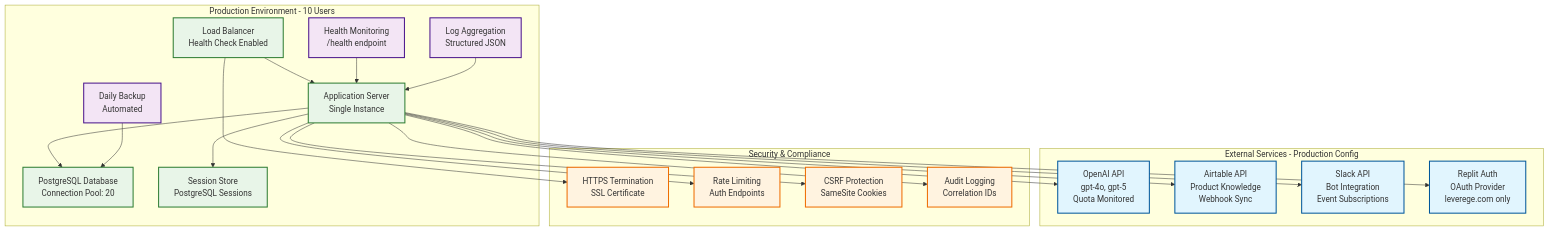
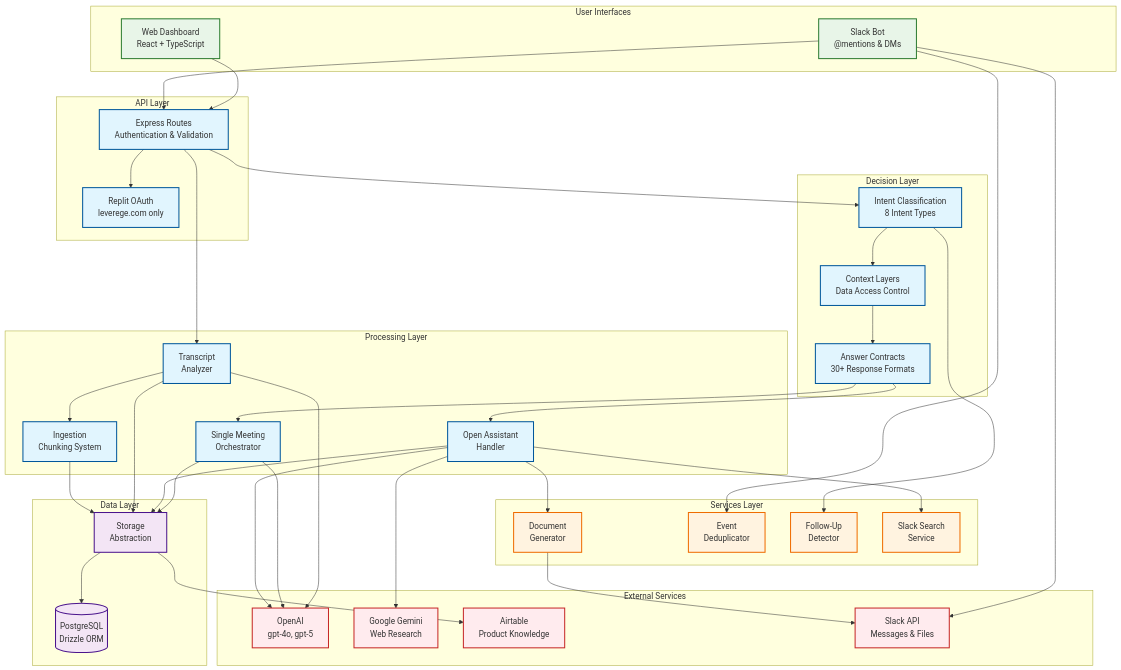
One commit to Ops-Team-Leverege/Mustard changed the third of 3 diagrams in docs/VISUAL_SYSTEM_DIAGRAMS.md. Above: the diagram before and after it, drawn with Mermaid. The commit also changed other lines of this file and 4 other files, not shown here.

````diff
--- a/docs/VISUAL_SYSTEM_DIAGRAMS.md
+++ b/docs/VISUAL_SYSTEM_DIAGRAMS.md
@@ -392,46 +162,89 @@
 ```mermaid
 graph TB
-    subgraph "Production Environment - 10 Users"
-        A[Load Balancer<br/>Health Check Enabled] --> B[Application Server<br/>Single Instance]
-        B --> C[PostgreSQL Database<br/>Connection Pool: 20]
-        B --> D[Session Store<br/>PostgreSQL Sessions]
-        
-        E[Daily Backup<br/>Automated] --> C
-        F[Health Monitoring<br/>/health endpoint] --> B
-        G[Log Aggregation<br/>Structured JSON] --> B
+    subgraph "User Interfaces"
+        Web[Web Dashboard<br/>React + TypeScript]
+        Slack[Slack Bot<br/>@mentions & DMs]
     end
     
-    subgraph "External Services - Production Config"
-        H[OpenAI API<br/>gpt-4o, gpt-5<br/>Quota Monitored]
-        I[Airtable API<br/>Product Knowledge<br/>Webhook Sync]
-        J[Slack API<br/>Bot Integration<br/>Event Subscriptions]
-        K[Replit Auth<br/>OAuth Provider<br/>leverege.com only]
+    subgraph "API Layer"
+        Routes[Express Routes<br/>Authentication & Validation]
+        Auth[Replit OAuth<br/>leverege.com only]
     end
     
-    subgraph "Security & Compliance"
-        L[HTTPS Termination<br/>SSL Certificate]
-        M[Rate Limiting<br/>Auth Endpoints]
-        N[CSRF Protection<br/>SameSite Cookies]
-        O[Audit Logging<br/>Correlation IDs]
+    subgraph "Decision Layer"
+        Intent[Intent Classification<br/>8 Intent Types]
+        Context[Context Layers<br/>Data Access Control]
+        Contract[Answer Contracts<br/>30+ Response Formats]
     end
     
-    B --> H
-    B --> I
-    B --> J
-    B --> K
+    subgraph "Processing Layer"
+        Single[Single Meeting<br/>Orchestrator]
+        Multi[Open Assistant<br/>Handler]
+        Analyzer[Transcript<br/>Analyzer]
+        Ingestion[Ingestion<br/>Chunking System]
+    end
     
-    A --> L
-    B --> M
-    B --> N
-    B --> O
+    subgraph "Services Layer"
+        DocGen[Document<br/>Generator]
+        Dedupe[Event<br/>Deduplicator]
+        FollowUp[Follow-Up<br/>Detector]
+        SlackSearch[Slack Search<br/>Service]
+    end
     
-    classDef production fill:#e8f5e8,stroke:#2e7d32,stroke-width:2px
-    classDef external fill:#e1f5fe,stroke:#01579b,stroke-width:2px
-    classDef security fill:#fff3e0,stroke:#ef6c00,stroke-width:2px
-    classDef monitoring fill:#f3e5f5,stroke:#4a148c,stroke-width:2px
+    subgraph "Data Layer"
+        DB[(PostgreSQL<br/>Drizzle ORM)]
+        Storage[Storage<br/>Abstraction]
+    end
     
-    class A,B,C,D production
-    class H,I,J,K external
-    class L,M,N,O security
-    class E,F,G monitoring
+    subgraph "External Services"
+        OpenAI[OpenAI<br/>gpt-4o, gpt-5]
+        Gemini[Google Gemini<br/>Web Research]
+        Airtable[Airtable<br/>Product Knowledge]
+        SlackAPI[Slack API<br/>Messages & Files]
+    end
+    
+    Web --> Routes
+    Slack --> Routes
+    Routes --> Auth
+    
+    Routes --> Intent
+    Intent --> Context
+    Context --> Contract
+    Contract --> Single
+    Contract --> Multi
+    
+    Routes --> Analyzer
+    Analyzer --> Ingestion
+    
+    Single --> Storage
+    Multi --> Storage
+    Analyzer --> Storage
+    Ingestion --> Storage
+    
+    Multi --> DocGen
+    Slack --> Dedupe
+    Intent --> FollowUp
+    Multi --> SlackSearch
+    
+    Storage --> DB
+    
+    Analyzer --> OpenAI
+    Single --> OpenAI
+    Multi --> OpenAI
+    Multi --> Gemini
+    Storage --> Airtable
+    Slack --> SlackAPI
+    DocGen --> SlackAPI
+    
+    classDef interface fill:#e8f5e8,stroke:#2e7d32,stroke-width:2px
+    classDef core fill:#e1f5fe,stroke:#01579b,stroke-width:2px
+    classDef service fill:#fff3e0,stroke:#ef6c00,stroke-width:2px
+    classDef data fill:#f3e5f5,stroke:#4a148c,stroke-width:2px
+    classDef external fill:#ffebee,stroke:#c62828,stroke-width:2px
+    
+    class Web,Slack interface
+    class Routes,Auth,Intent,Context,Contract,Single,Multi,Analyzer,Ingestion core
+    class DocGen,Dedupe,FollowUp,SlackSearch service
+    class DB,Storage data
+    class OpenAI,Gemini,Airtable,SlackAPI external
 ```
````
